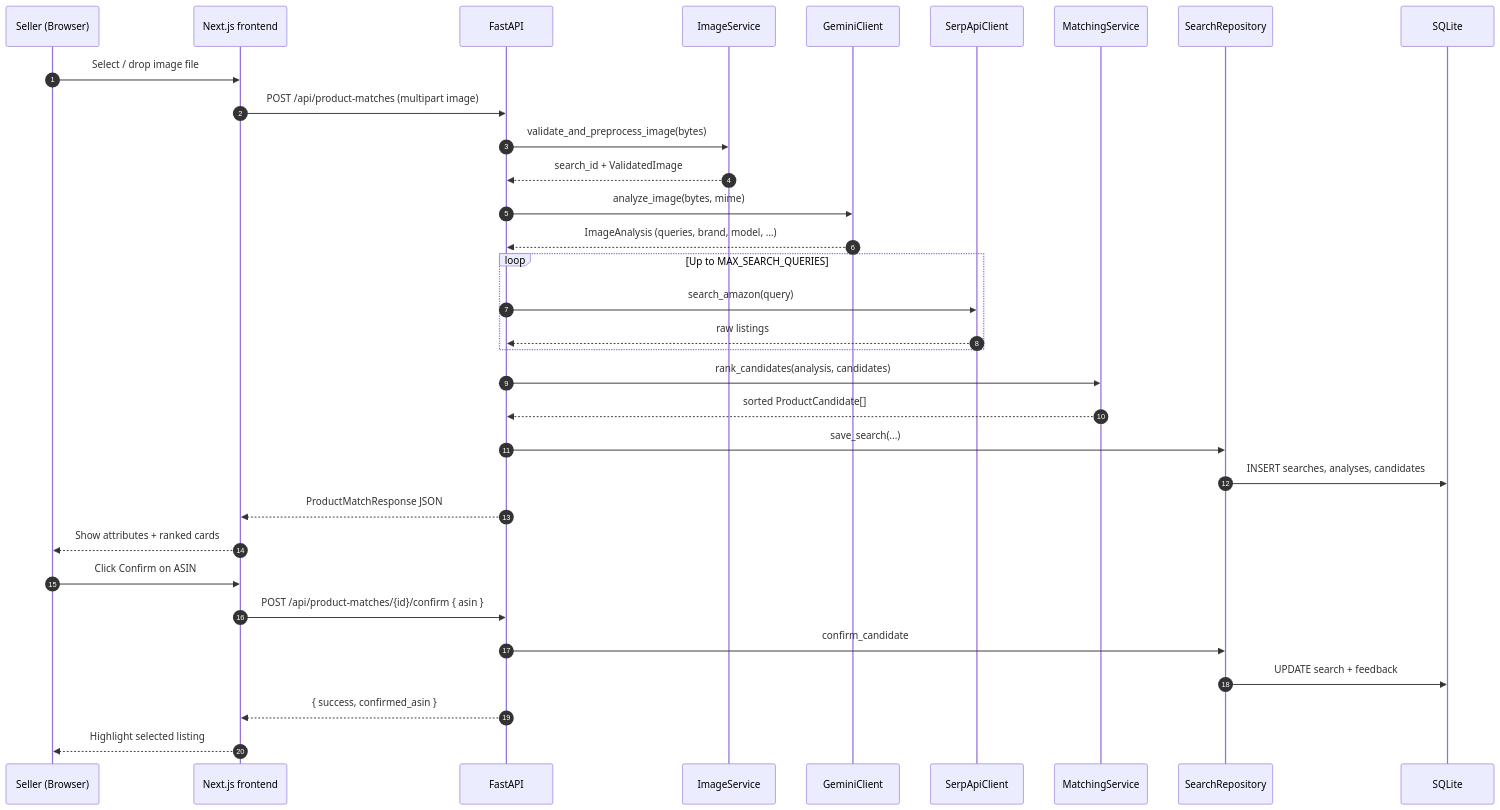
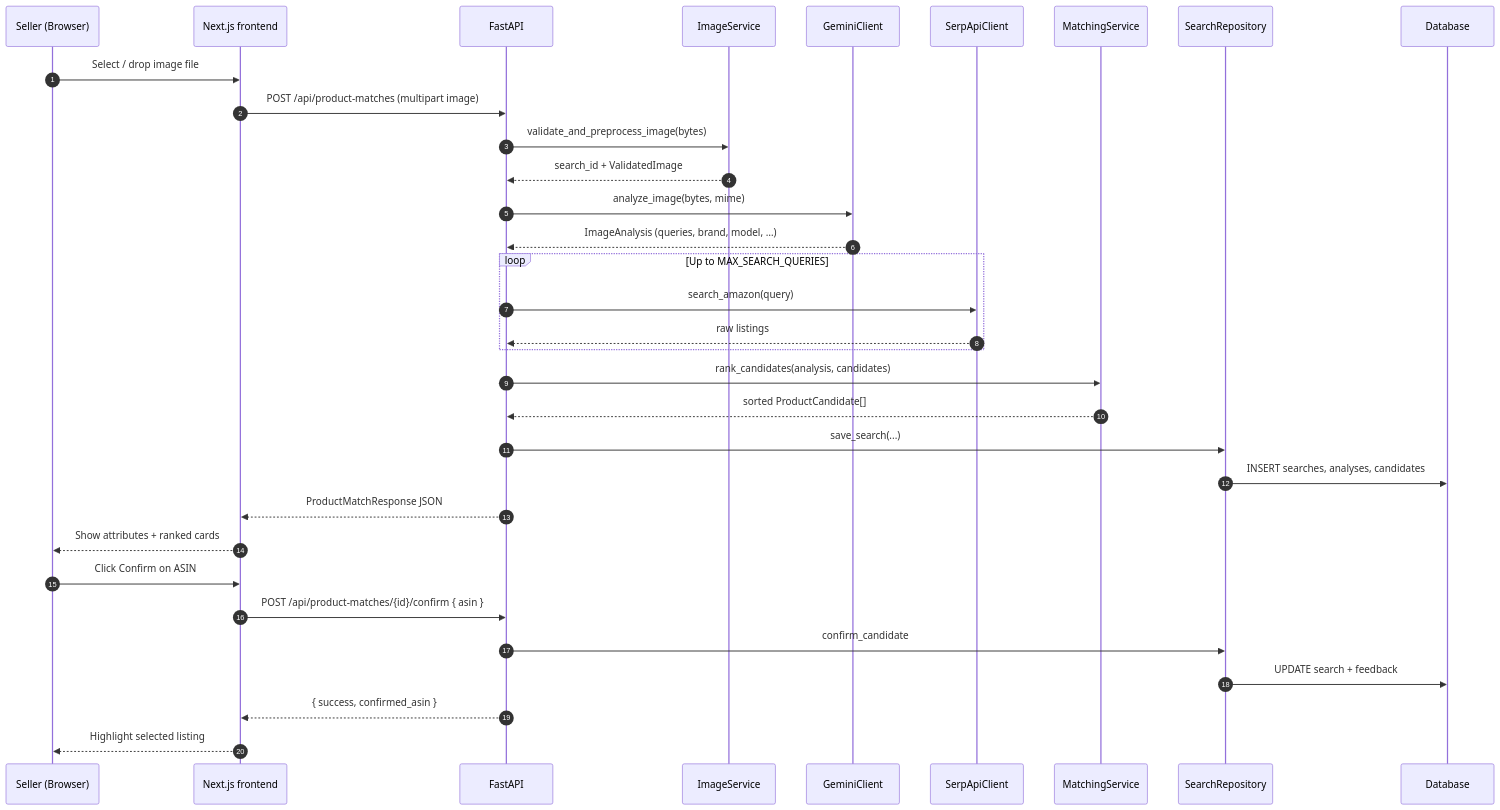
Before and after one commit to nikku45/Image-to-product: the third of 5 diagrams in README.md, drawn with Mermaid. The commit also changed other lines of this file and 10 other files, not shown here.

````diff
--- a/README.md
+++ b/README.md
@@ -118,37 +119,37 @@
 ```mermaid
 sequenceDiagram
   autonumber
   participant U as Seller (Browser)
   participant F as Next.js frontend
   participant B as FastAPI
   participant I as ImageService
   participant G as GeminiClient
   participant S as SerpApiClient
   participant M as MatchingService
   participant R as SearchRepository
-  participant D as SQLite
+  participant D as Database
 
   U->>F: Select / drop image file
   F->>B: POST /api/product-matches (multipart image)
   B->>I: validate_and_preprocess_image(bytes)
   I-->>B: search_id + ValidatedImage
   B->>G: analyze_image(bytes, mime)
   G-->>B: ImageAnalysis (queries, brand, model, …)
   loop Up to MAX_SEARCH_QUERIES
     B->>S: search_amazon(query)
     S-->>B: raw listings
   end
   B->>M: rank_candidates(analysis, candidates)
   M-->>B: sorted ProductCandidate[]
   B->>R: save_search(...)
   R->>D: INSERT searches, analyses, candidates
   B-->>F: ProductMatchResponse JSON
   F-->>U: Show attributes + ranked cards
 
   U->>F: Click Confirm on ASIN
   F->>B: POST /api/product-matches/{id}/confirm { asin }
   B->>R: confirm_candidate
   R->>D: UPDATE search + feedback
   B-->>F: { success, confirmed_asin }
   F-->>U: Highlight selected listing
 ```
````
